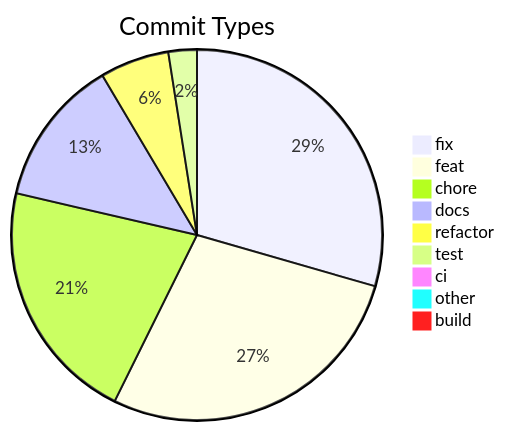
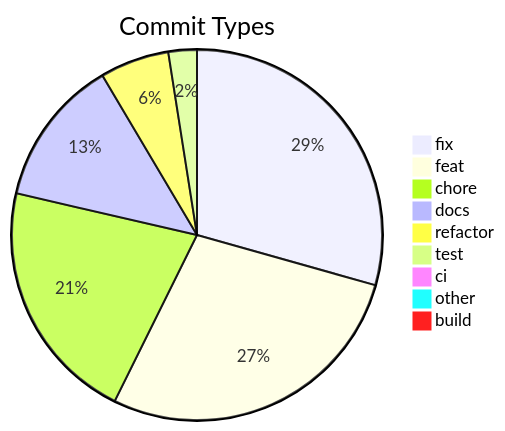
One commit to svenroth-ai/shipwright changed the diagram in .shipwright/compliance/change-history.md. Above: the diagram before and after it, drawn with Mermaid. The commit also changed other lines of this file and 23 other files, not shown here.

````diff
--- a/.shipwright/compliance/change-history.md
+++ b/.shipwright/compliance/change-history.md
@@ -8,12 +8,12 @@
 ```mermaid
 pie title Commit Types
-    "fix" : 332
-    "feat" : 314
+    "fix" : 331
+    "feat" : 315
     "chore" : 240
     "docs" : 145
     "refactor" : 68
     "test" : 28
     "ci" : 11
     "other" : 9
     "build" : 1
 ```
````
